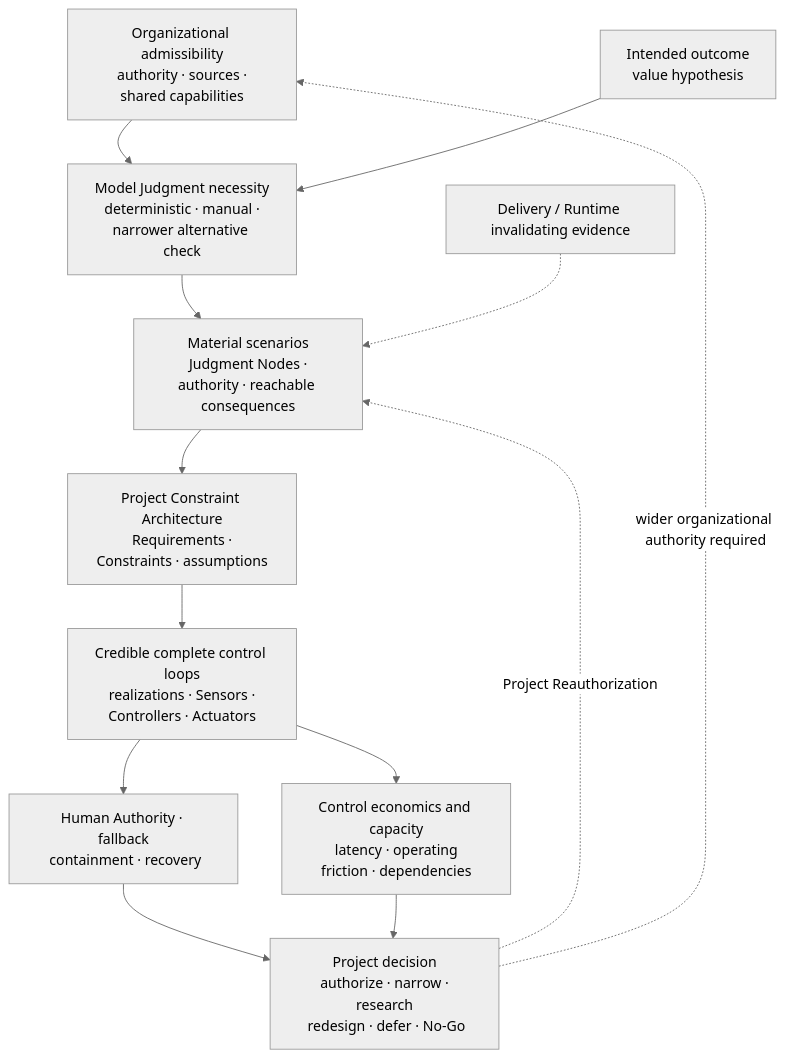
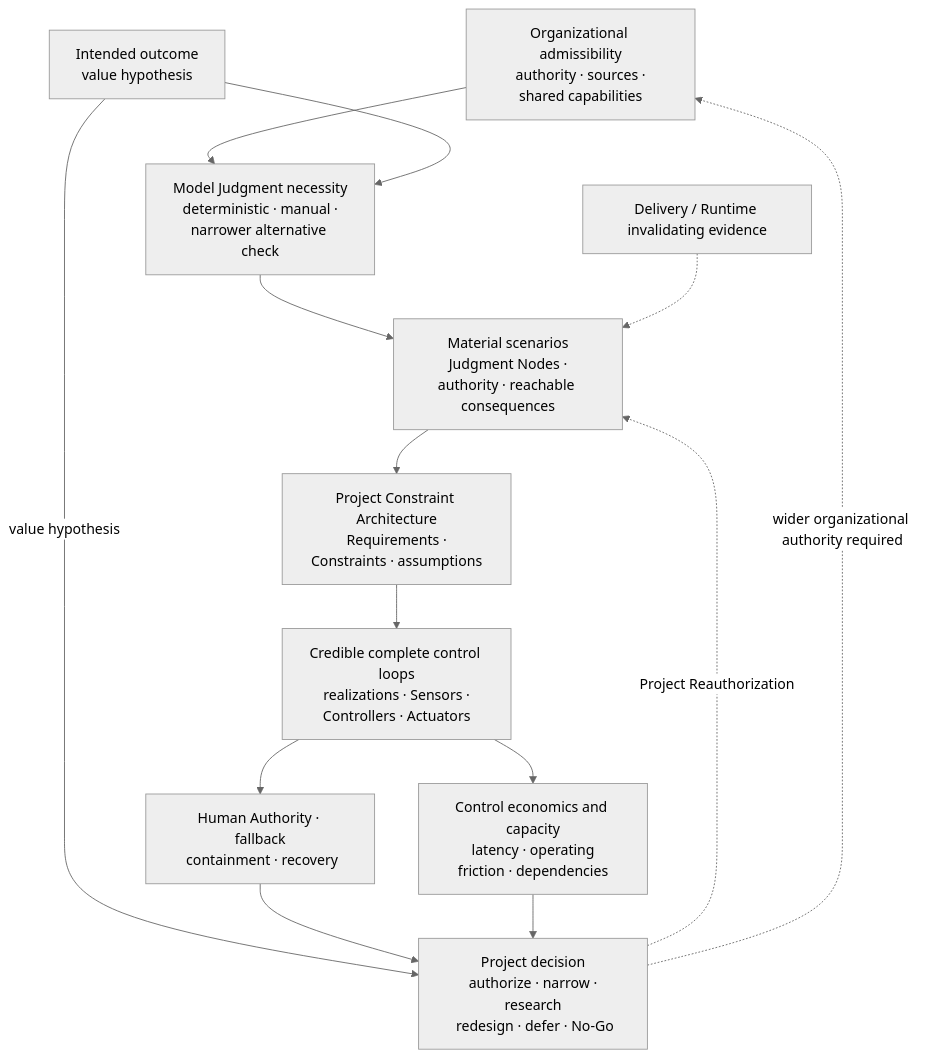
Diagram 11 of 15 in content/research/notes/open-engineering-specification-article-draft.md (UncertaintyArchitectureGroup/uncertainty-architecture), drawn with Mermaid (neutral theme) before and after one commit. The commit also changed other lines of this file and 1 other file, not shown here.

Commit message:
docs(research): align Section 4 figure semantics

````diff
--- a/content/research/notes/open-engineering-specification-article-draft.md
+++ b/content/research/notes/open-engineering-specification-article-draft.md
@@ -615,20 +615,21 @@
 ```mermaid
 flowchart TB
     ORG["Organizational admissibility<br/> authority · sources · shared capabilities"]
     OUT["Intended outcome<br/> value hypothesis"]
     NEED["Model Judgment necessity<br/> deterministic · manual · narrower alternative check"]
     RISK["Material scenarios<br/> Judgment Nodes · authority · reachable consequences"]
     K["Project Constraint Architecture<br/> Requirements · Constraints · assumptions"]
     LOOP["Credible complete control loops<br/> realizations · Sensors · Controllers · Actuators"]
     HUMAN["Human Authority · fallback<br/> containment · recovery"]
     ECON["Control economics and capacity<br/> latency · operating friction · dependencies"]
     DEC["Project decision<br/> authorize · narrow · research<br/> redesign · defer · No-Go"]
     RE["Delivery / Runtime invalidating evidence"]
     ORG --> NEED
     OUT --> NEED --> RISK --> K --> LOOP
+    OUT -->|value hypothesis| DEC
     LOOP --> HUMAN --> DEC
     LOOP --> ECON --> DEC
     RE -.-> RISK
     DEC -. Project Reauthorization .-> RISK
     DEC -.->|wider organizational authority required| ORG
 ```
````
